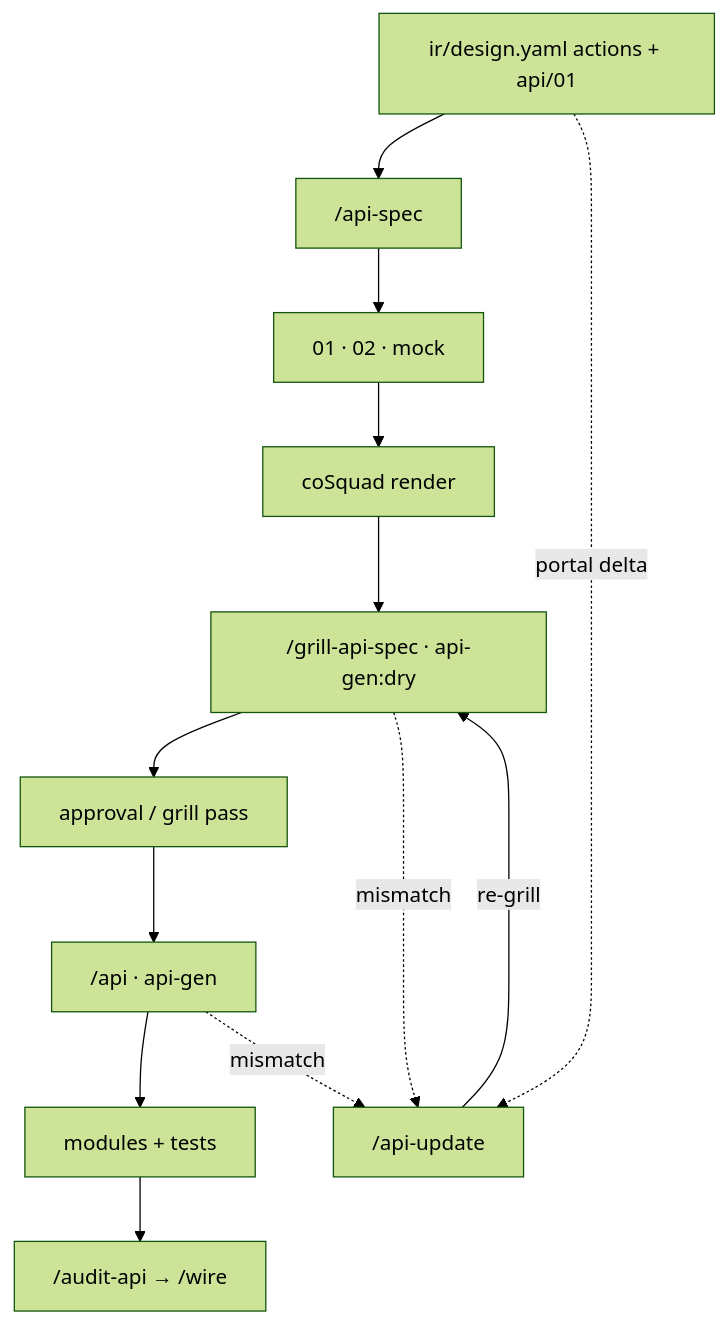
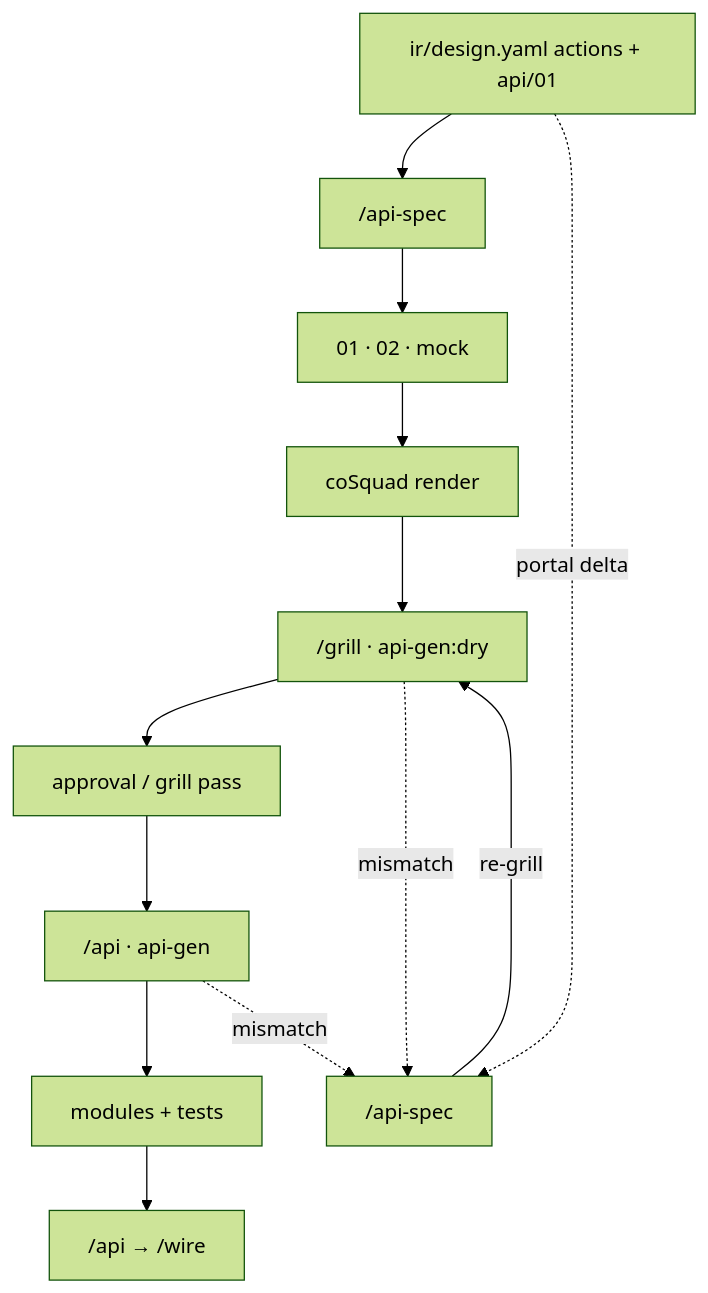
Before and after one commit to ShanYuCoder/Doc-CoSquad: the second of 3 diagrams in workflows/backend.md, drawn with Mermaid (forest theme). The commit also changed other lines of this file and 302 other files, not shown here.

````diff
--- a/workflows/backend.md
+++ b/workflows/backend.md
@@ -70,16 +70,16 @@
 ```mermaid
 flowchart TD
   PS["ir/design.yaml actions + api/01"] --> S1["/api-spec"]
   S1 --> O1["01 · 02 · mock"]
   O1 --> DR["coSquad render"]
-  DR --> S2["/grill-api-spec · api-gen:dry"]
+  DR --> S2["/grill · api-gen:dry"]
   S2 --> APR["approval / grill pass"]
   APR --> C["/api · api-gen"]
   C --> CODE["modules + tests"]
-  CODE --> OUT["/audit-api → /wire"]
-  US["/api-update"]
+  CODE --> OUT["/api → /wire"]
+  US["/api-spec"]
   PS -.->|portal delta| US
   S2 -.->|mismatch| US
   C -.->|mismatch| US
   US -->|re-grill| S2
 ```
````
